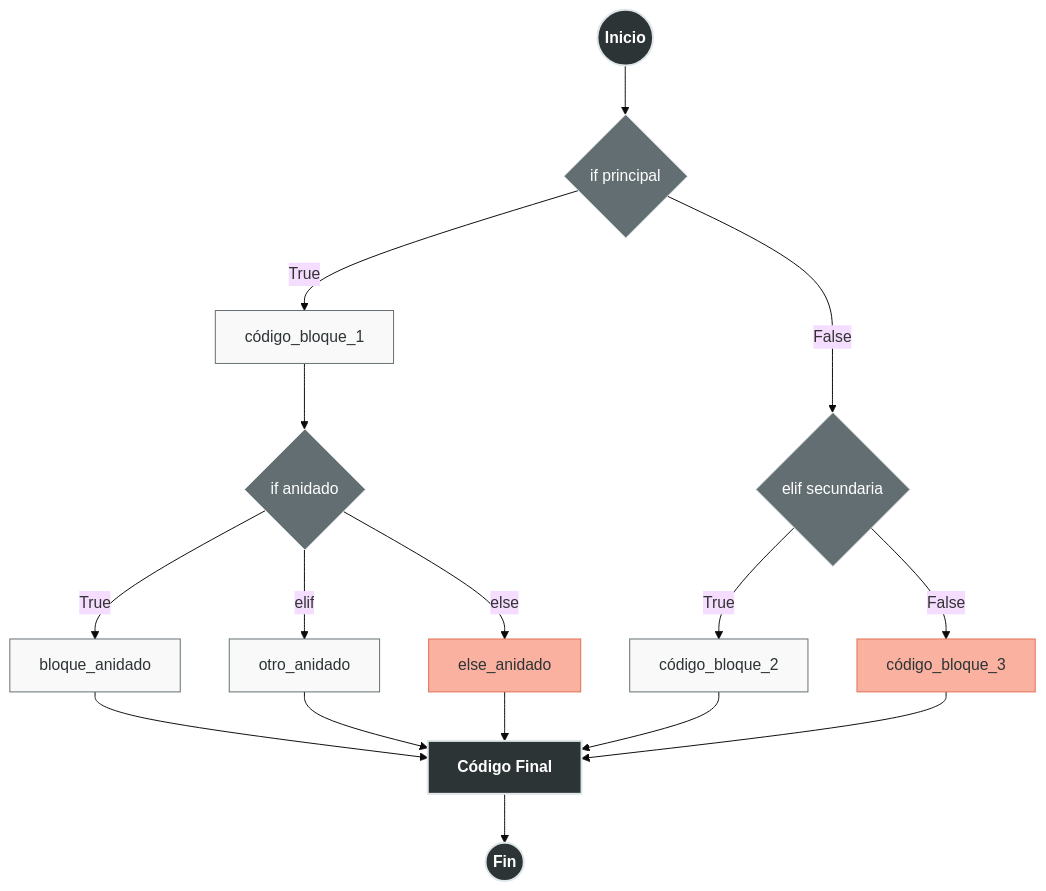
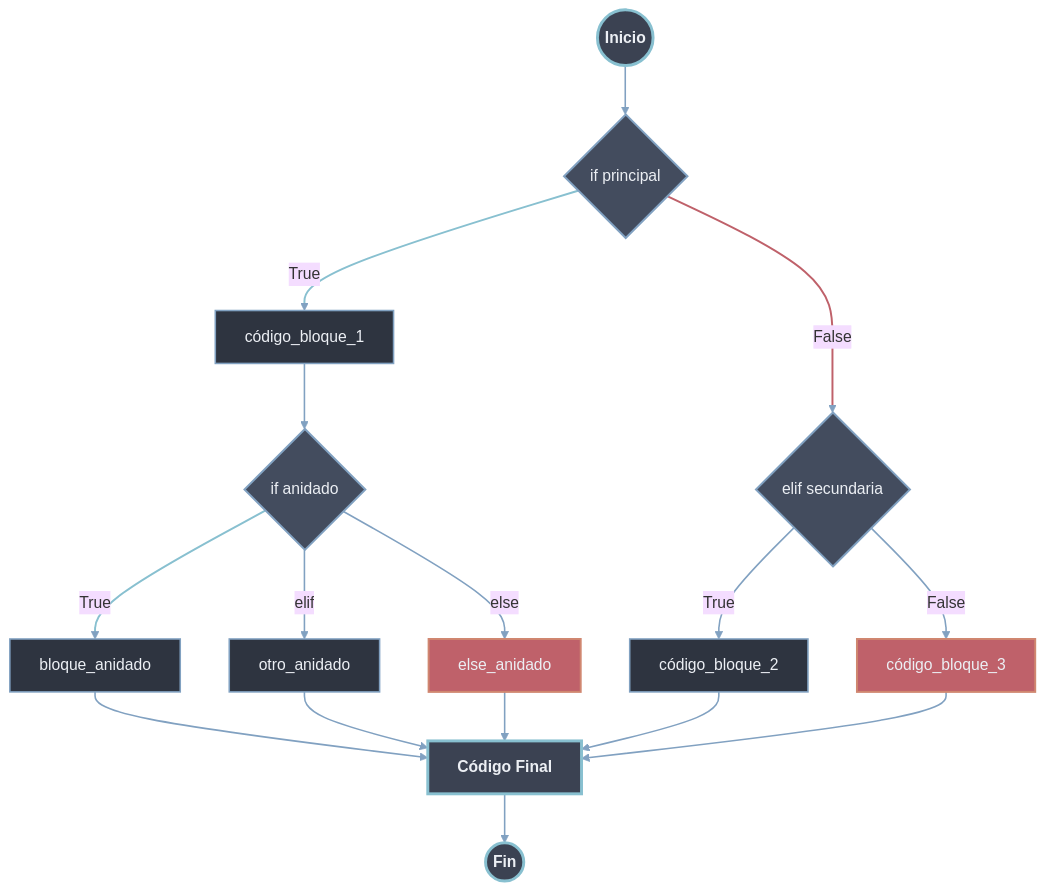
The fourth of 4 diagrams in 100 Programación Orientada a Procesos/20 Estructuras de Control/01 Condicionales.md (Pineapple-Mikael-Engineer/Python_Obsidian), drawn with Mermaid (base theme) before and after one commit. The commit also changed other lines of this file and 9 other files, not shown here.

Commit message:
fix: Arreglar Graficos Mermaid a Estandar

````diff
--- a/100 Programación Orientada a Procesos/20 Estructuras de Control/01 Condicionales.md
+++ b/100 Programación Orientada a Procesos/20 Estructuras de Control/01 Condicionales.md
@@ -129,23 +146,29 @@
 ```mermaid
 flowchart TD
-    classDef principal fill:#2d3436,stroke:#dfe6e9,stroke-width:2px,color:#fff,font-weight:bold;
-    classDef condicion fill:#636e72,stroke:#dfe6e9,stroke-width:1px,color:#fff;
-    classDef accion fill:#f9f9f9,stroke:#636e72,stroke-width:1px,color:#2d3436;
-    classDef especial fill:#fab1a0,stroke:#e17055,stroke-width:1px,color:#2d3436;
+    classDef principal fill:#3b4252,stroke:#88c0d0,stroke-width:3px,color:#eceff4,font-weight:bold;
+    classDef condicion fill:#434c5e,stroke:#81a1c1,stroke-width:2px,color:#eceff4;
+    classDef accion fill:#2e3440,stroke:#81a1c1,stroke-width:1.6px,color:#eceff4;
+    classDef especial fill:#bf616a,stroke:#d08770,stroke-width:2px,color:#eceff4;
 
     Start((Inicio)):::principal --> C1{if principal}:::condicion
 
     C1 -- True --> A1[código_bloque_1]:::accion
     A1 --> C_Anid{if anidado}:::condicion
     
     C_Anid -- True --> AA1[bloque_anidado]:::accion
     C_Anid -- elif --> AA2[otro_anidado]:::accion
     C_Anid -- else --> AA3[else_anidado]:::especial
 
     C1 -- False --> C2{elif secundaria}:::condicion
     C2 -- True --> A2[código_bloque_2]:::accion
     C2 -- False --> A3[código_bloque_3]:::especial
 
     AA1 & AA2 & AA3 & A2 & A3 --> Final[Código Final]:::principal
     Final --> End((Fin)):::principal
+
+    linkStyle default stroke:#81a1c1,stroke-width:1.6px
+    linkStyle 1 stroke:#88c0d0,stroke-width:2px
+    linkStyle 3 stroke:#88c0d0,stroke-width:2px
+    linkStyle 6 stroke:#bf616a,stroke-width:2px
+
 ```
````
